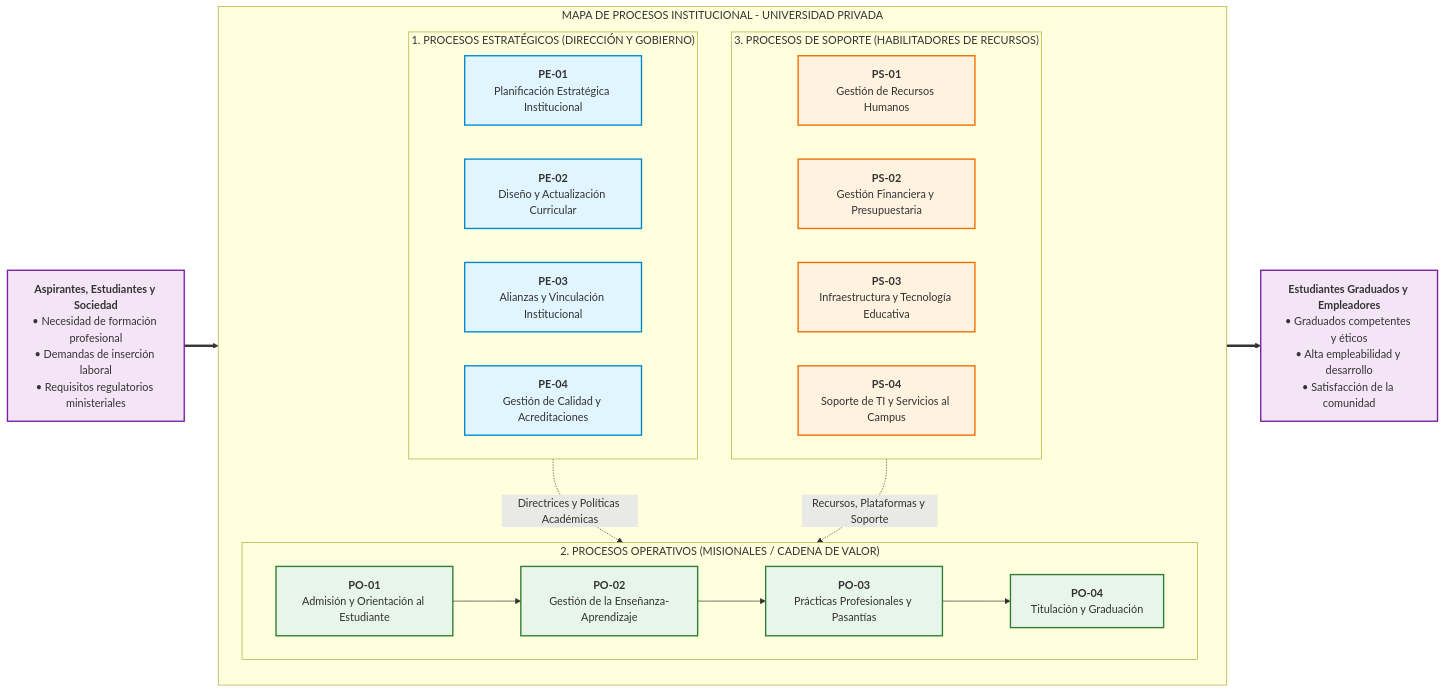
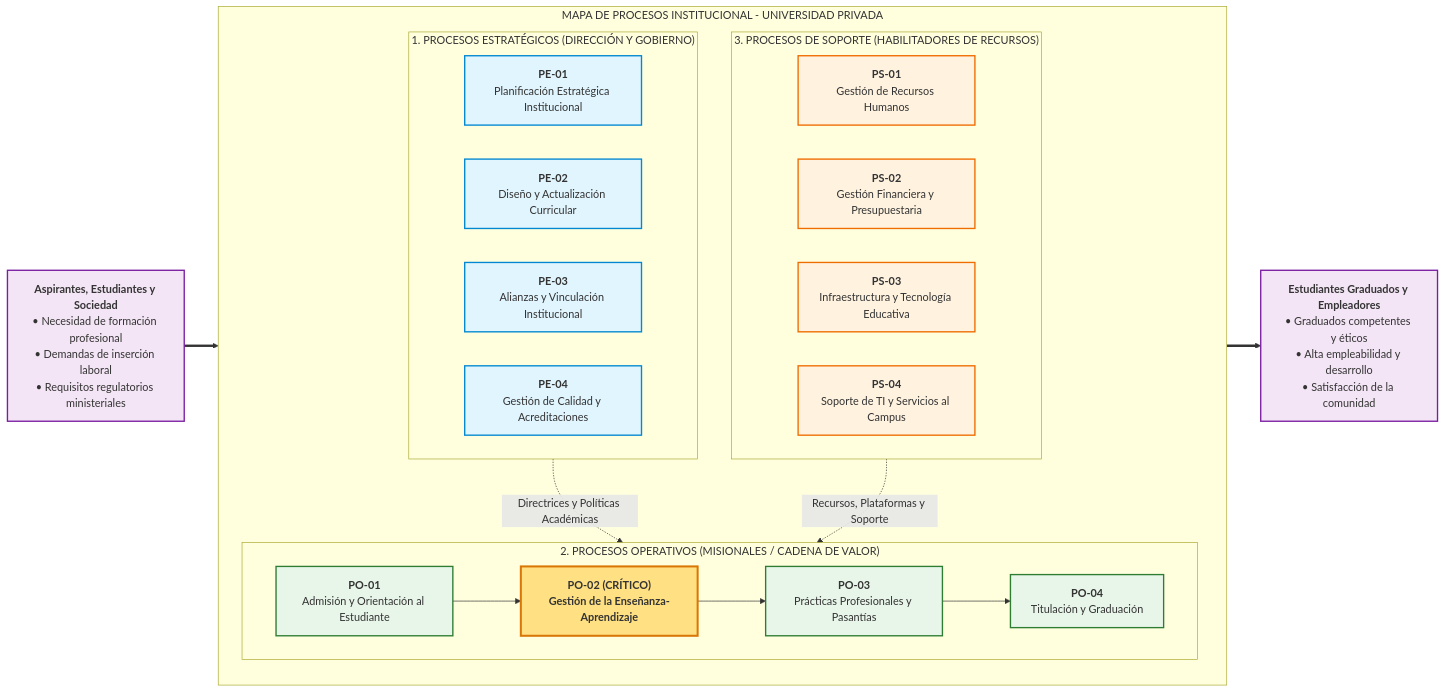
Before and after one commit to MartinG94/skills: the diagram in processMap/examples/mapa_procesos_ejemplo.md, drawn with Mermaid. The commit also changed other lines of this file and 17 other files, not shown here.

````diff
--- a/processMap/examples/mapa_procesos_ejemplo.md
+++ b/processMap/examples/mapa_procesos_ejemplo.md
@@ -26,55 +27,57 @@
 ```mermaid
 flowchart LR
     %% Clientes y Fronteras del Entorno
     REQ["<b>Aspirantes, Estudiantes y Sociedad</b><br/>• Necesidad de formación profesional<br/>• Demandas de inserción laboral<br/>• Requisitos regulatorios ministeriales"]
     SAT["<b>Estudiantes Graduados y Empleadores</b><br/>• Graduados competentes y éticos<br/>• Alta empleabilidad y desarrollo<br/>• Satisfacción de la comunidad"]
 
     subgraph MAPA["MAPA DE PROCESOS INSTITUCIONAL - UNIVERSIDAD PRIVADA"]
         direction TB
 
         subgraph ESTRATEGICOS["1. PROCESOS ESTRATÉGICOS (DIRECCIÓN Y GOBIERNO)"]
             direction LR
             PE01["<b>PE-01</b><br/>Planificación Estratégica Institucional"]
             PE02["<b>PE-02</b><br/>Diseño y Actualización Curricular"]
             PE03["<b>PE-03</b><br/>Alianzas y Vinculación Institucional"]
             PE04["<b>PE-04</b><br/>Gestión de Calidad y Acreditaciones"]
         end
 
         subgraph OPERATIVOS["2. PROCESOS OPERATIVOS (MISIONALES / CADENA DE VALOR)"]
             direction LR
             PO01["<b>PO-01</b><br/>Admisión y Orientación al Estudiante"]
-            PO02["<b>PO-02</b><br/>Gestión de la Enseñanza-Aprendizaje"]
+            PO02["<b>PO-02 (CRÍTICO)</b><br/>Gestión de la Enseñanza-Aprendizaje"]
             PO03["<b>PO-03</b><br/>Prácticas Profesionales y Pasantías"]
             PO04["<b>PO-04</b><br/>Titulación y Graduación"]
         end
 
         subgraph SOPORTE["3. PROCESOS DE SOPORTE (HABILITADORES DE RECURSOS)"]
             direction LR
             PS01["<b>PS-01</b><br/>Gestión de Recursos Humanos"]
             PS02["<b>PS-02</b><br/>Gestión Financiera y Presupuestaria"]
             PS03["<b>PS-03</b><br/>Infraestructura y Tecnología Educativa"]
             PS04["<b>PS-04</b><br/>Soporte de TI y Servicios al Campus"]
         end
     end
 
     %% Relaciones de Flujo de Valor y Control
     REQ ==> PO01
     PO01 --> PO02
     PO02 --> PO03
     PO03 --> PO04
     PO04 ==> SAT
 
     ESTRATEGICOS -. Directrices y Políticas Académicas .-> OPERATIVOS
     SOPORTE -. Recursos, Plataformas y Soporte .-> OPERATIVOS
 
     %% Estilos de Nivel
     classDef est fill:#e1f5fe,stroke:#0288d1,stroke-width:2px;
     classDef ope fill:#e8f5e9,stroke:#2e7d32,stroke-width:2px;
     classDef sop fill:#fff3e0,stroke:#ef6c00,stroke-width:2px;
     classDef cli fill:#f3e5f5,stroke:#7b1fa2,stroke-width:2px;
+    classDef critico fill:#ffe082,stroke:#d97706,stroke-width:3px,font-weight:bold;
 
     class PE01,PE02,PE03,PE04 est;
-    class PO01,PO02,PO03,PO04 ope;
+    class PO01,PO03,PO04 ope;
+    class PO02 critico;
     class PS01,PS02,PS03,PS04 sop;
     class REQ,SAT cli;
 ```
````
